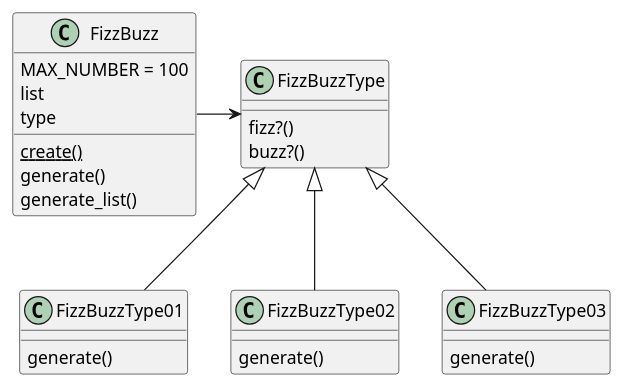
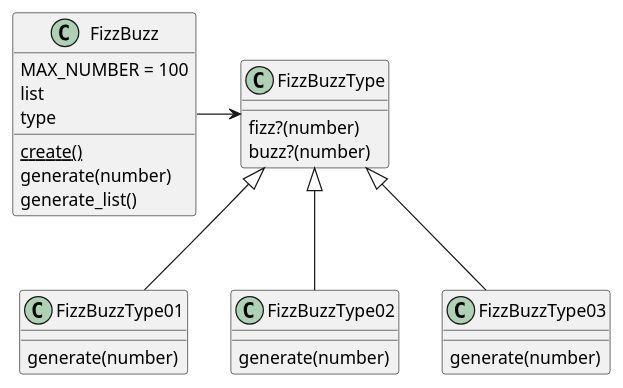
Before and after one commit to hiroshima-arc/tdd_rb: diagram 16 of 42 in docs/src/article/episode_3.adoc, drawn with PlantUML. The commit also changed other lines of this file and 17 other files, not shown here.

```diff
--- a/docs/src/article/episode_3.adoc
+++ b/docs/src/article/episode_3.adoc
@@ -2800,28 +2866,28 @@
 [plantuml]
 ----
 class FizzBuzz {
     MAX_NUMBER = 100
     list
     type
     {static} create()
-    generate()
+    generate(number)
     generate_list()
 }
 class FizzBuzzType {
-    fizz?()
-    buzz?()
+    fizz?(number)
+    buzz?(number)
 }
 class FizzBuzzType01 {
-    generate()
+    generate(number)
 }
 class FizzBuzzType02 {
-    generate()
+    generate(number)
 }
 class FizzBuzzType03 {
-    generate()
+    generate(number)
 }
 FizzBuzzType <|-- FizzBuzzType01
 FizzBuzzType <|-- FizzBuzzType02
 FizzBuzzType <|-- FizzBuzzType03
 FizzBuzz -> FizzBuzzType
 ----
```
